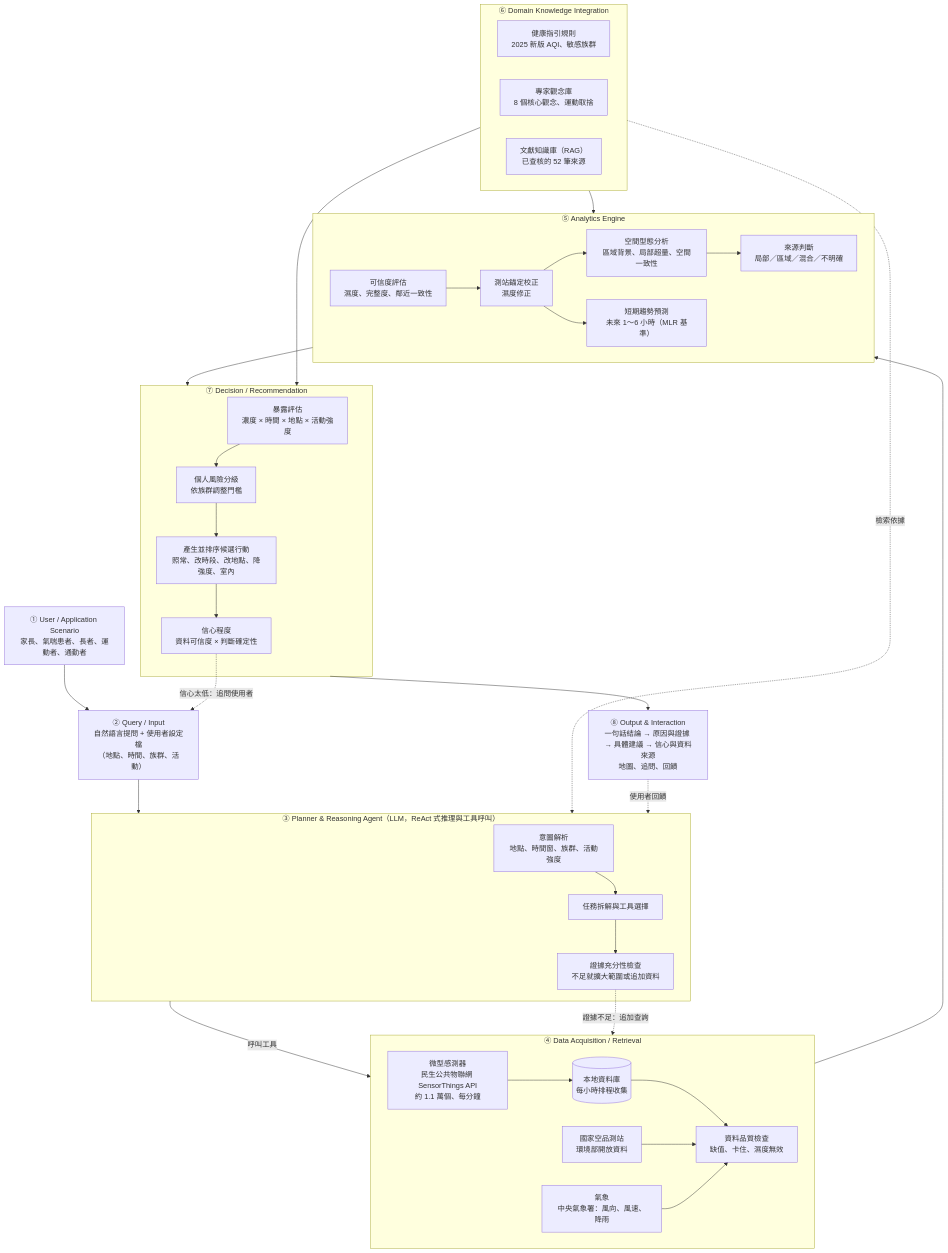
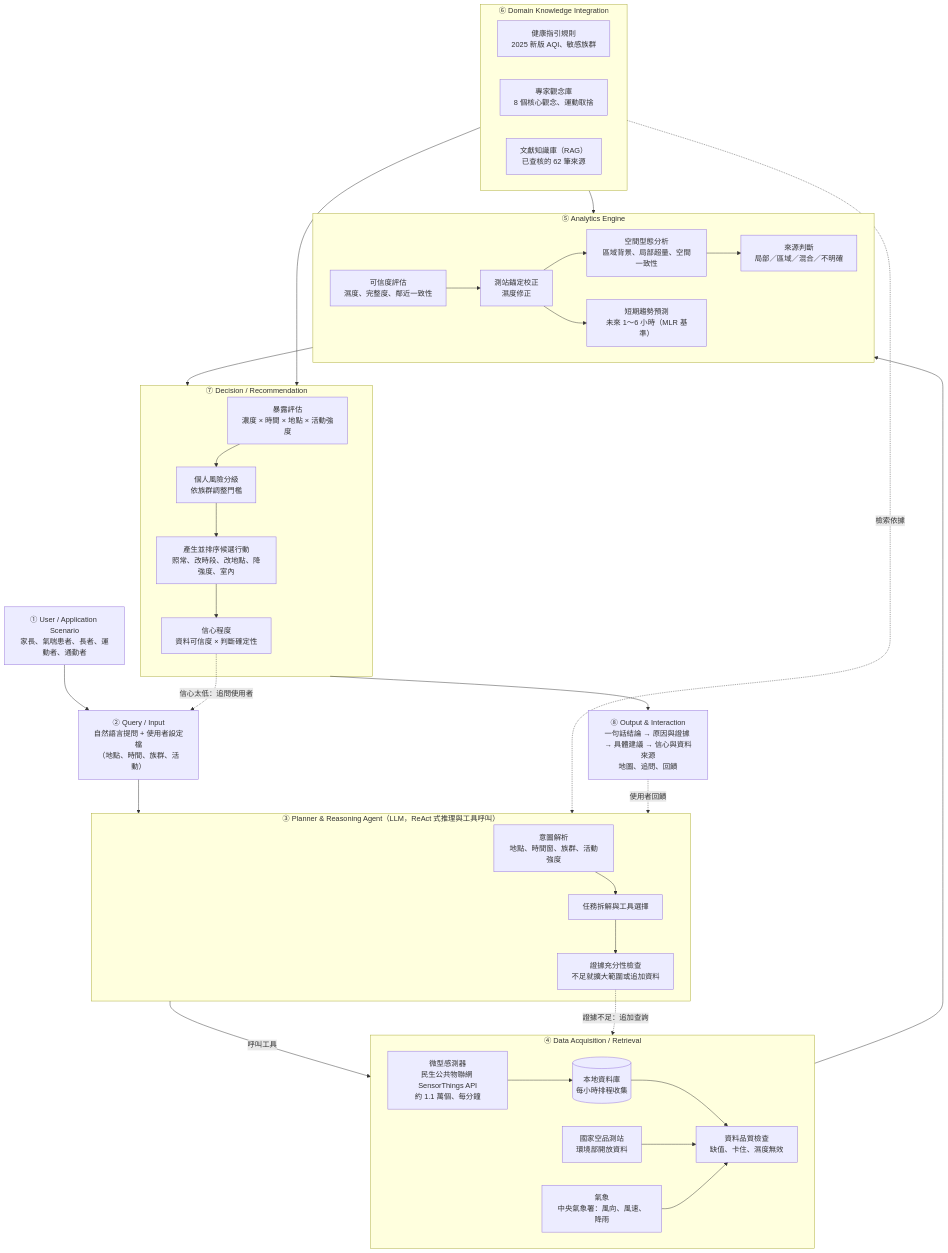
Before and after one commit to A0966411725-png/AirSleuth: the diagram in diagrams/architecture.mmd, drawn with Mermaid. The commit also changed 41 other files, not shown here.

```diff
--- a/diagrams/architecture.mmd
+++ b/diagrams/architecture.mmd
@@ -1,61 +1,61 @@
 %% AirSleuth System Architecture（模組編號 ①～⑧，與 DESIGN.md 第 4 節一致）
 flowchart TB
     U["① User / Application Scenario<br/>家長、氣喘患者、長者、運動者、通勤者"]
     Q["② Query / Input<br/>自然語言提問 + 使用者設定檔<br/>（地點、時間、族群、活動）"]
 
     subgraph AGENT["③ Planner & Reasoning Agent（LLM，ReAct 式推理與工具呼叫）"]
         P1["意圖解析<br/>地點、時間窗、族群、活動強度"]
         P2["任務拆解與工具選擇"]
         P3["證據充分性檢查<br/>不足就擴大範圍或追加資料"]
         P1 --> P2 --> P3
     end
 
     subgraph DATA["④ Data Acquisition / Retrieval"]
         D1["微型感測器<br/>民生公共物聯網 SensorThings API<br/>約 1.1 萬個、每分鐘"]
         D2["國家空品測站<br/>環境部開放資料"]
         D3["氣象<br/>中央氣象署：風向、風速、降雨"]
         D4[("本地資料庫<br/>每小時排程收集")]
         D5["資料品質檢查<br/>缺值、卡住、濕度無效"]
         D1 --> D4
         D4 --> D5
         D2 --> D5
         D3 --> D5
     end
 
     subgraph ANALYTICS["⑤ Analytics Engine"]
         A1["可信度評估<br/>濕度、完整度、鄰近一致性"]
         A2["測站錨定校正<br/>濕度修正"]
         A3["空間型態分析<br/>區域背景、局部超量、空間一致性"]
         A4["來源判斷<br/>局部／區域／混合／不明確"]
         A5["短期趨勢預測<br/>未來 1～6 小時（MLR 基準）"]
         A1 --> A2 --> A3 --> A4
         A2 --> A5
     end
 
     subgraph KNOW["⑥ Domain Knowledge Integration"]
         K1["健康指引規則<br/>2025 新版 AQI、敏感族群"]
         K2["專家觀念庫<br/>8 個核心觀念、運動取捨"]
-        K3["文獻知識庫（RAG）<br/>已查核的 52 筆來源"]
+        K3["文獻知識庫（RAG）<br/>已查核的 62 筆來源"]
     end
 
     subgraph DECIDE["⑦ Decision / Recommendation"]
         R1["暴露評估<br/>濃度 × 時間 × 地點 × 活動強度"]
         R2["個人風險分級<br/>依族群調整門檻"]
         R3["產生並排序候選行動<br/>照常、改時段、改地點、降強度、室內"]
         R4["信心程度<br/>資料可信度 × 判斷確定性"]
         R1 --> R2 --> R3 --> R4
     end
 
     O["⑧ Output & Interaction<br/>一句話結論 → 原因與證據 → 具體建議 → 信心與資料來源<br/>地圖、追問、回饋"]
 
     U --> Q --> AGENT
     AGENT -->|呼叫工具| DATA
     DATA --> ANALYTICS
     ANALYTICS --> DECIDE
     KNOW --> ANALYTICS
     KNOW --> DECIDE
     KNOW -.檢索依據.-> AGENT
     DECIDE --> O
     P3 -.證據不足：追加查詢.-> DATA
     R4 -.信心太低：追問使用者.-> Q
     O -.使用者回饋.-> AGENT
```
